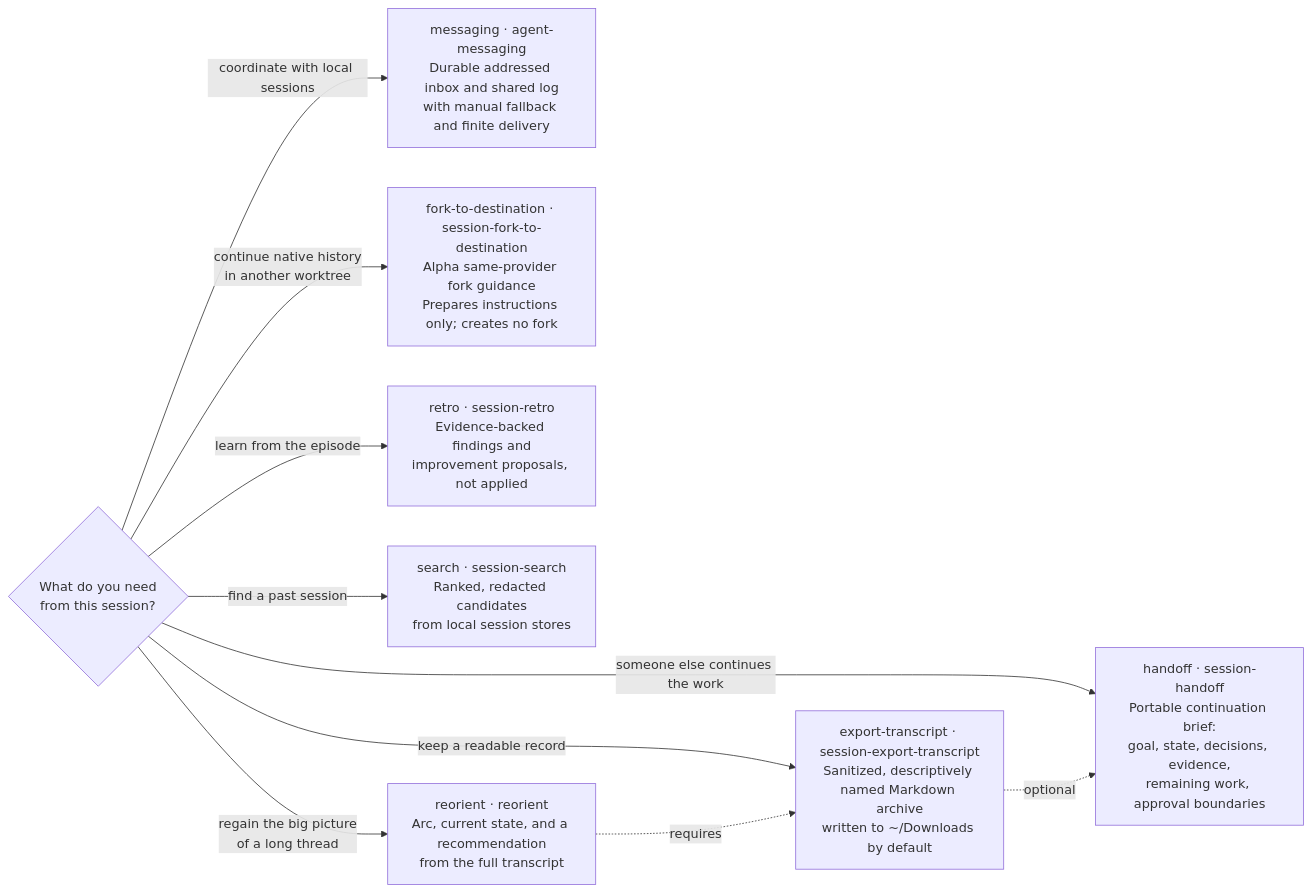
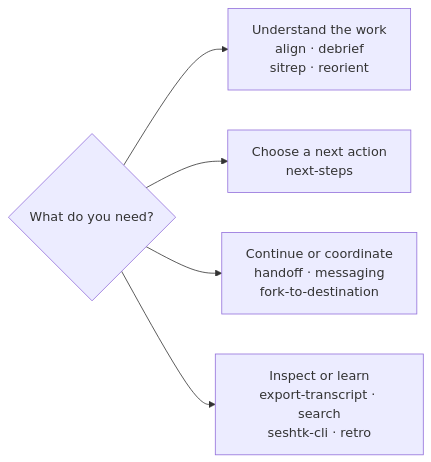
The diagram in documentation/docs/user-guide/plugins/session/index.md (tkstang/skills), drawn with Mermaid before and after one commit. The commit also changed other lines of this file and 35 other files, not shown here.

First line of the commit message:
feat(session): add alignment and status skill family (#152)

````diff
--- a/documentation/docs/user-guide/plugins/session/index.md
+++ b/documentation/docs/user-guide/plugins/session/index.md
@@ -18,23 +15,14 @@
 ```mermaid
 flowchart LR
-  accTitle: Choosing a Session capability
-  accDescr: Pick by need. Handoff lets someone else continue, messaging coordinates local sessions, export-transcript keeps a readable record, fork-to-destination continues native history elsewhere, retro learns from the episode, search finds a past session, and reorient rebuilds the big picture of a long thread.
-  Q{"What do you need<br/>from this session?"}
-  M["messaging · agent-messaging<br/>Durable addressed inbox and shared log<br/>with manual fallback and finite delivery"]
-  H["handoff · session-handoff<br/>Portable continuation brief:<br/>goal, state, decisions, evidence,<br/>remaining work, approval boundaries"]
-  E["export-transcript · session-export-transcript<br/>Sanitized, descriptively named Markdown archive<br/>written to ~/Downloads by default"]
-  F["fork-to-destination · session-fork-to-destination<br/>Alpha same-provider fork guidance<br/>Prepares instructions only; creates no fork"]
-  R["retro · session-retro<br/>Evidence-backed findings and<br/>improvement proposals, not applied"]
-  S["search · session-search<br/>Ranked, redacted candidates<br/>from local session stores"]
-  O["reorient · reorient<br/>Arc, current state, and a recommendation<br/>from the full transcript"]
-
-  Q -->|"someone else continues the work"| H
-  Q -->|"coordinate with local sessions"| M
-  Q -->|"keep a readable record"| E
-  Q -->|"continue native history<br/>in another worktree"| F
-  Q -->|"learn from the episode"| R
-  Q -->|"find a past session"| S
-  Q -->|"regain the big picture<br/>of a long thread"| O
-  O -.->|requires| E
-  E -.->|optional| H
+  accTitle: Choose a Session skill by intent
+  accDescr: Four independent choices group Session skills by need. Understand the work with align, debrief, sitrep, or reorient. Choose a next action with next-steps. Continue or coordinate with handoff, messaging, or fork-to-destination. Inspect or learn with export-transcript, search, seshtk-cli, or retro. The groups are choices, not workflow stages.
+  Q{"What do you need?"}
+  U["Understand the work<br/>align · debrief<br/>sitrep · reorient"]
+  N["Choose a next action<br/>next-steps"]
+  C["Continue or coordinate<br/>handoff · messaging<br/>fork-to-destination"]
+  I["Inspect or learn<br/>export-transcript · search<br/>seshtk-cli · retro"]
+  Q --> U
+  Q --> N
+  Q --> C
+  Q --> I
 ```
````
